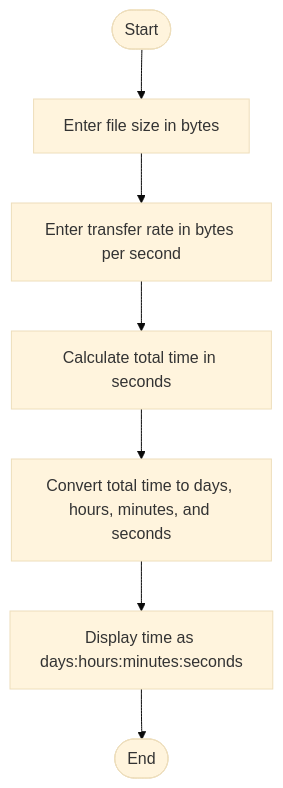
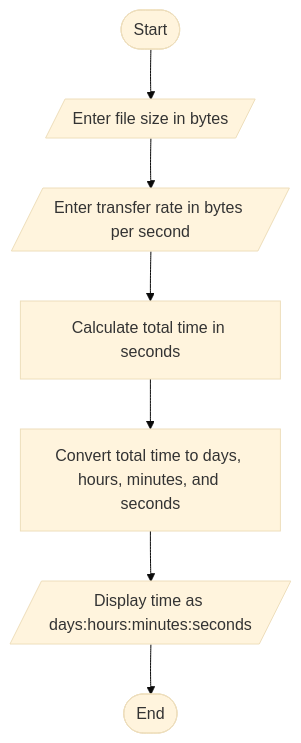
The diagram in ETS_1414_yared_kassu/transmission.md (SWEG-2016EC-Batch/Technocrat), drawn with Mermaid (base theme) before and after one commit.

Commit message:
transmission.md

````diff
--- a/ETS_1414_yared_kassu/transmission.md
+++ b/ETS_1414_yared_kassu/transmission.md
@@ -26,10 +26,11 @@
 ```mermaid
 flowchart TD
-    start([Start]) --> inputFileSize[Enter file size in bytes]
-    inputFileSize --> inputRate[Enter transfer rate in bytes per second]
+    start([Start]) --> inputFileSize[/Enter file size in bytes/]
+    inputFileSize --> inputRate[/Enter transfer rate in bytes per second/]
     inputRate --> calculateTime[Calculate total time in seconds]
     calculateTime --> convertTime[Convert total time to days, hours, minutes, and seconds]
-    convertTime --> displayTime[Display time as days:hours:minutes:seconds]
+    convertTime --> displayTime[/Display time as days:hours:minutes:seconds/]
     displayTime --> finish([End])
 
+
 ```
````
